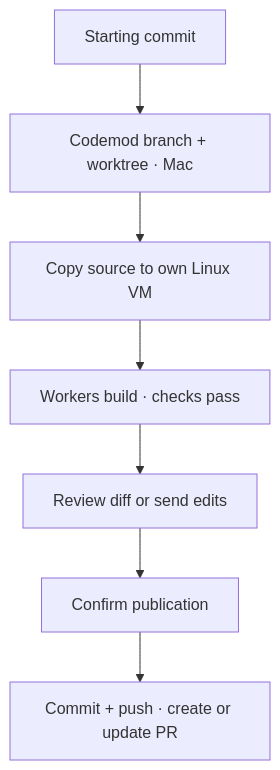
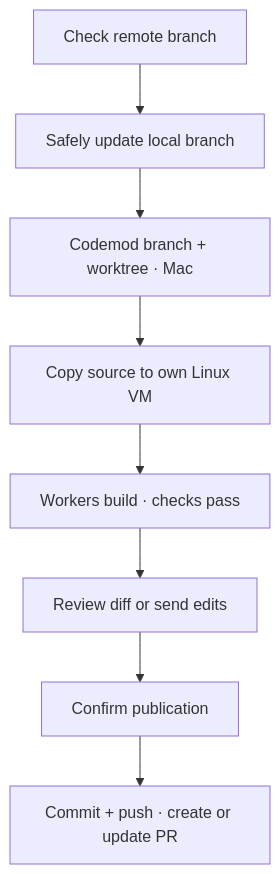
The first of 2 diagrams in docs/git-workflow.md (minimumeffort-dev/sprowt.harness), drawn with Mermaid before and after one commit. The commit also changed other lines of this file and 12 other files, not shown here.

````diff
--- a/docs/git-workflow.md
+++ b/docs/git-workflow.md
@@ -16,9 +16,10 @@
 ```mermaid
 flowchart TB
-    base["Starting commit"] --> tree["Codemod branch + worktree · Mac"]
+    remote["Check remote branch"] --> base["Safely update local branch"]
+    base --> tree["Codemod branch + worktree · Mac"]
     tree --> vm["Copy source to own Linux VM"]
     vm --> ready["Workers build · checks pass"]
     ready --> review["Review diff or send edits"]
     review --> confirm["Confirm publication"]
     confirm --> pr["Commit + push · create or update PR"]
 ```
````
